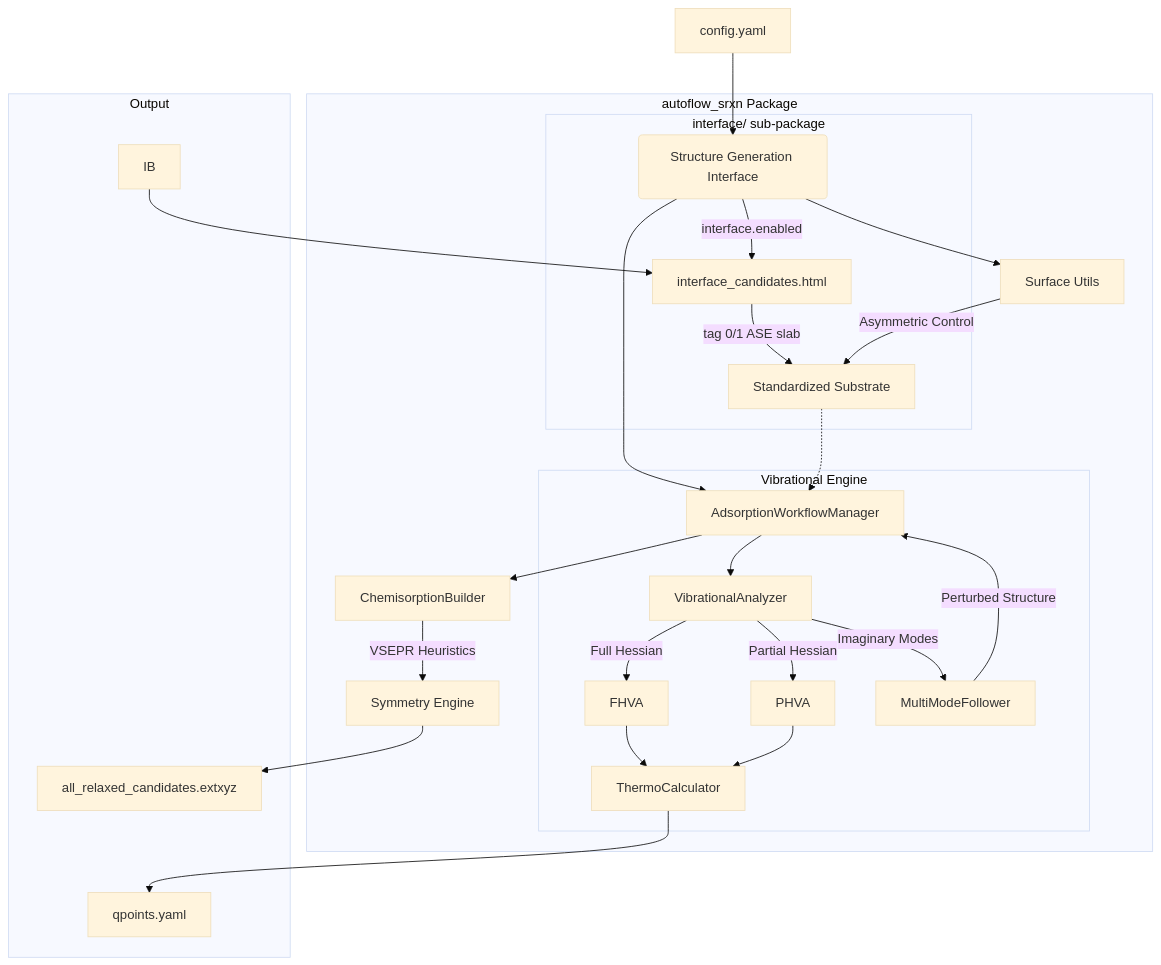
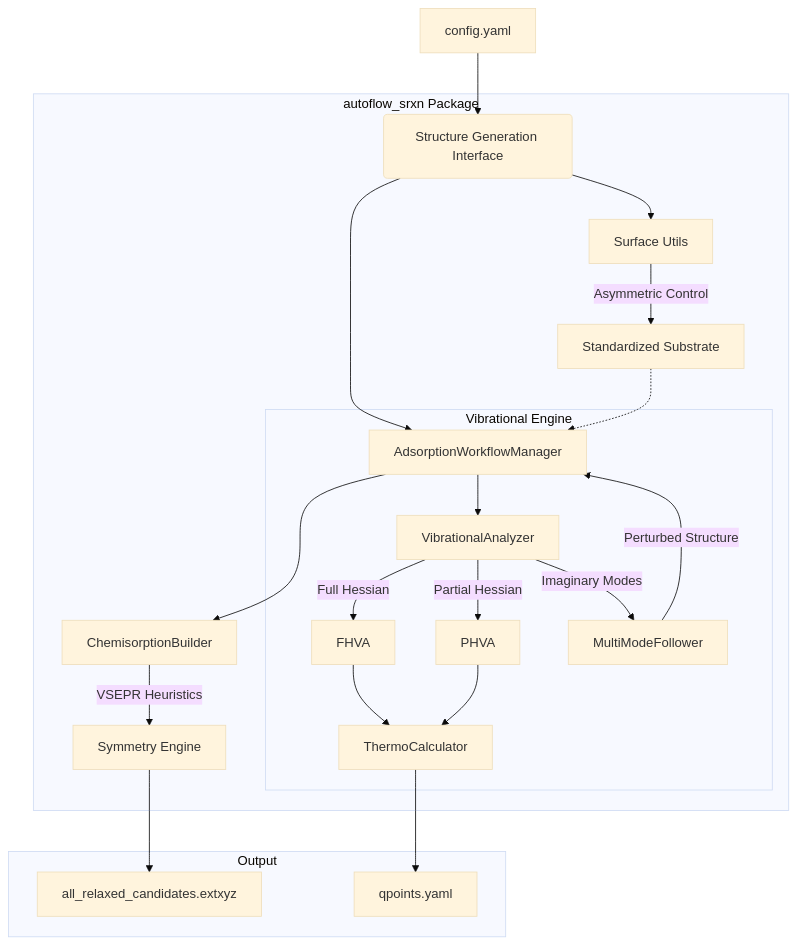
One commit to DonghLee57/autoflow_SRXN changed the diagram in README.md. Above: the diagram before and after it, drawn with Mermaid (base theme). The commit also changed other lines of this file and 4 other files, not shown here.

````diff
--- a/README.md
+++ b/README.md
@@ -93,31 +88,26 @@
 ```mermaid
 graph TD
     A[config.yaml] --> B(Structure Generation Interface)
     subgraph pkg [autoflow_srxn Package]
-        subgraph IFACE [interface/ sub-package]
-            B -->|interface.enabled| IC[Interface Core]
-            IC -->|tag 0/1 ASE slab| PA
-        end
         B --> P[Surface Utils]
         P -->|Asymmetric Control| PA[Standardized Substrate]
         B --> C[AdsorptionWorkflowManager]
         PA -.-> C
         C --> D[ChemisorptionBuilder]
         D -->|VSEPR Heuristics| SY[Symmetry Engine]
         
         subgraph VIB [Vibrational Engine]
             C --> VA[VibrationalAnalyzer]
             VA -->|Full Hessian| FH[FHVA]
             VA -->|Partial Hessian| PH[PHVA]
             FH & PH --> TC[ThermoCalculator]
             VA -->|Imaginary Modes| MF[MultiModeFollower]
             MF -->|Perturbed Structure| C
         end
     end
     
     subgraph Output
-        IB --> IC[interface_candidates.html]
         SY --> G[all_relaxed_candidates.extxyz]
         TC --> Q[qpoints.yaml]
     end
 ```
````
